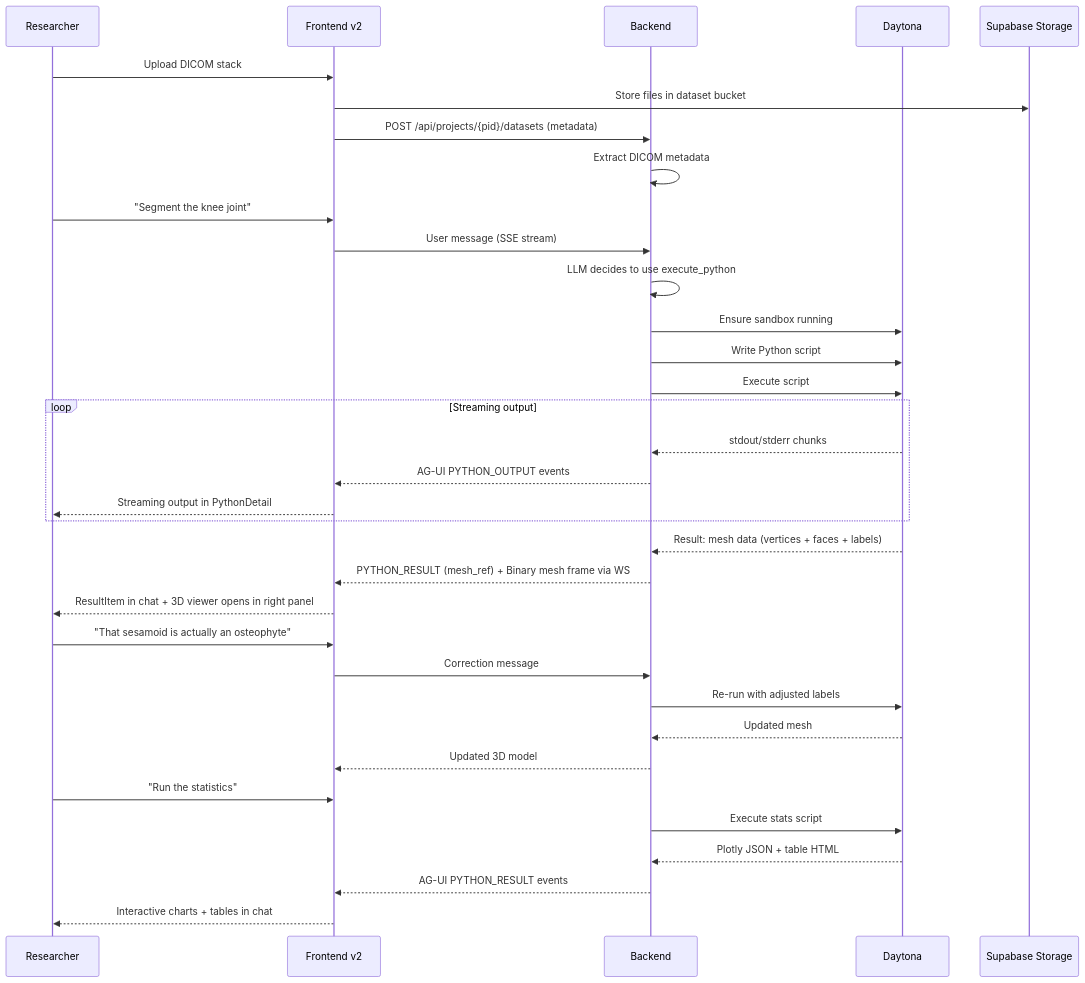
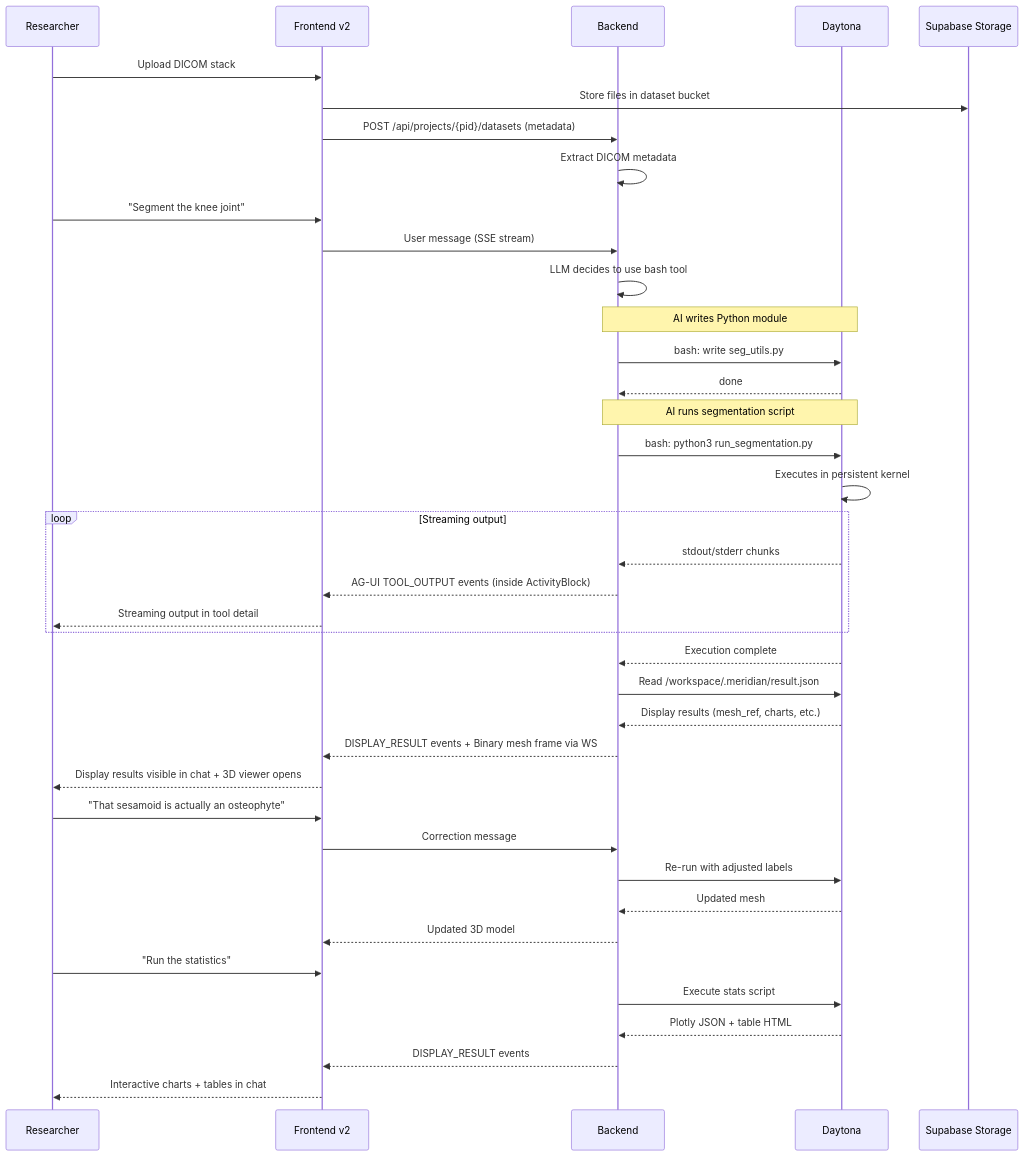
The second of 2 diagrams in .meridian/work/biomedical-mvp/design/overview.md (haowjy/meridian-flow), drawn with Mermaid before and after one commit. The commit also changed other lines of this file and 15 other files, not shown here.

First line of the commit message:
Revise biomedical MVP design: bash tool, generic display results, ActivityBlock model

````diff
--- a/.meridian/work/biomedical-mvp/design/overview.md
+++ b/.meridian/work/biomedical-mvp/design/overview.md
@@ -99,42 +102,49 @@
 ```mermaid
 sequenceDiagram
     participant R as Researcher
     participant F as Frontend v2
     participant B as Backend
     participant D as Daytona
     participant S as Supabase Storage
 
     R->>F: Upload DICOM stack
     F->>S: Store files in dataset bucket
     F->>B: POST /api/projects/{pid}/datasets (metadata)
     B->>B: Extract DICOM metadata
 
     R->>F: "Segment the knee joint"
     F->>B: User message (SSE stream)
-    B->>B: LLM decides to use execute_python
-    B->>D: Ensure sandbox running
-    B->>D: Write Python script
-    B->>D: Execute script
+    B->>B: LLM decides to use bash tool
+
+    Note over B,D: AI writes Python module
+    B->>D: bash: write seg_utils.py
+    D-->>B: done
+
+    Note over B,D: AI runs segmentation script
+    B->>D: bash: python3 run_segmentation.py
+    D->>D: Executes in persistent kernel
 
     loop Streaming output
         D-->>B: stdout/stderr chunks
-        B-->>F: AG-UI PYTHON_OUTPUT events
-        F-->>R: Streaming output in PythonDetail
+        B-->>F: AG-UI TOOL_OUTPUT events (inside ActivityBlock)
+        F-->>R: Streaming output in tool detail
     end
 
-    D-->>B: Result: mesh data (vertices + faces + labels)
-    B-->>F: PYTHON_RESULT (mesh_ref) + Binary mesh frame via WS
-    F-->>R: ResultItem in chat + 3D viewer opens in right panel
+    D-->>B: Execution complete
+    B->>D: Read /workspace/.meridian/result.json
+    D-->>B: Display results (mesh_ref, charts, etc.)
+    B-->>F: DISPLAY_RESULT events + Binary mesh frame via WS
+    F-->>R: Display results visible in chat + 3D viewer opens
 
     R->>F: "That sesamoid is actually an osteophyte"
     F->>B: Correction message
     B->>D: Re-run with adjusted labels
     D-->>B: Updated mesh
     B-->>F: Updated 3D model
 
     R->>F: "Run the statistics"
     B->>D: Execute stats script
     D-->>B: Plotly JSON + table HTML
-    B-->>F: AG-UI PYTHON_RESULT events
+    B-->>F: DISPLAY_RESULT events
     F-->>R: Interactive charts + tables in chat
 ```
````
